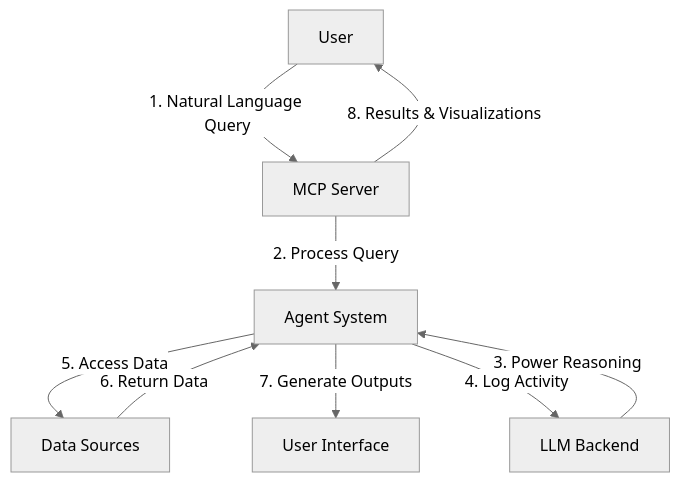
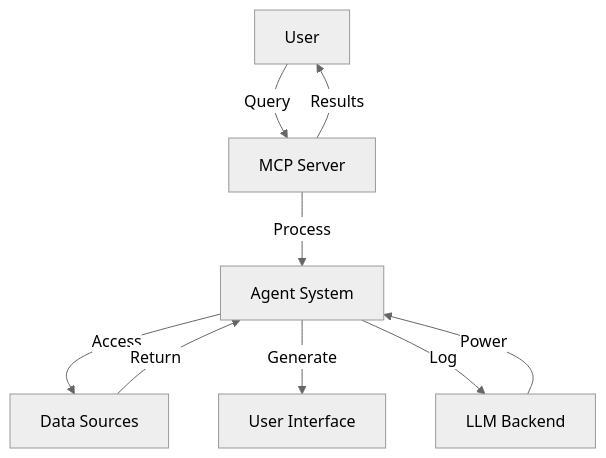
The first of 6 diagrams in README.md (thuyvinhdinh175/Quant-Agentic-AI), drawn with Mermaid (neutral theme) before and after one commit. The commit also changed other lines of this file, not shown here.

````diff
--- a/README.md
+++ b/README.md
@@ -9,18 +9,11 @@
 ```mermaid
-flowchart TD
-    %% Main components
-    User["User"] -->|"1. Natural Language Query"| MCP["MCP Server"]
-    MCP -->|"8. Results & Visualizations"| User
-    
-    %% Core system flow
-    MCP -->|"2. Process Query"| Agents["Agent System"]
-    Agents -->|"5. Access Data"| Data["Data Sources"]
-    Agents -->|"7. Generate Outputs"| UI["User Interface"]
-    
-    %% LLM integration
-    LLM["LLM Backend"] -->|"3. Power Reasoning"| Agents
-    
-    %% System communication
-    Agents -->|"4. Log Activity"| LLM
-    Data -->|"6. Return Data"| Agents
+graph TD
+    User["User"] -->|"Query"| MCP["MCP Server"]
+    MCP -->|"Results"| User
+    MCP -->|"Process"| Agents["Agent System"]
+    Agents -->|"Access"| Data["Data Sources"]
+    Agents -->|"Generate"| UI["User Interface"]
+    LLM["LLM Backend"] -->|"Power"| Agents
+    Agents -->|"Log"| LLM
+    Data -->|"Return"| Agents
 ```
````
